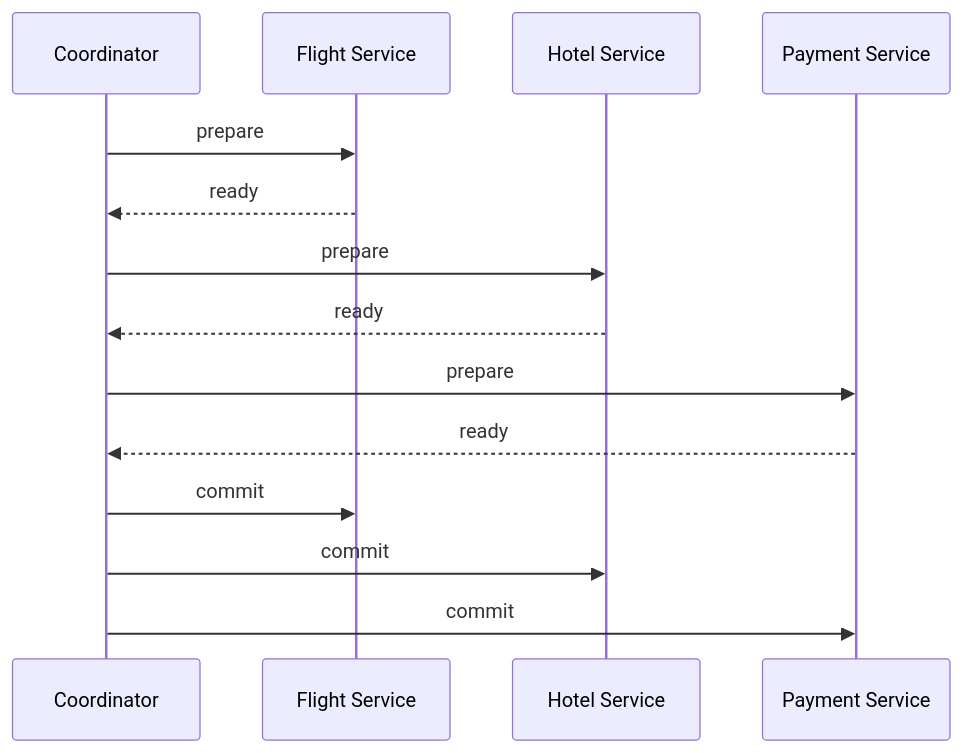
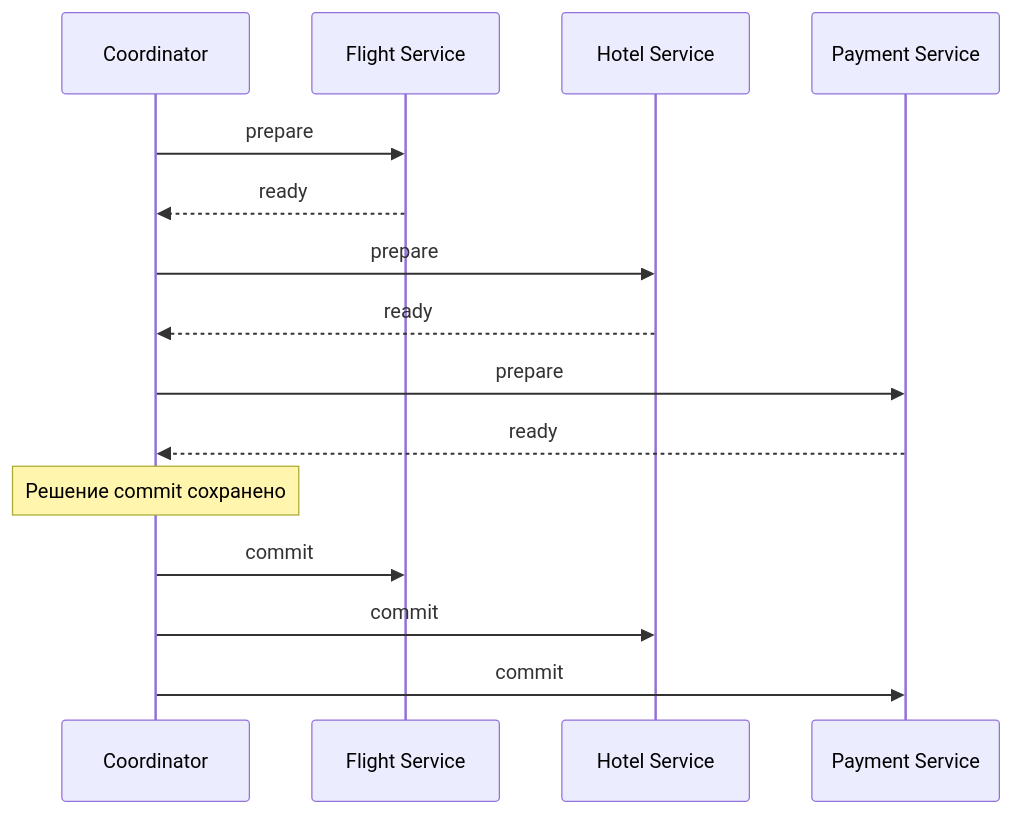
Before and after one commit to Kert0n/KPO: the tenth of 15 diagrams in content/lectures/Lec12/vitepress.md, drawn with Mermaid. The commit also changed other lines of this file, not shown here.

````diff
--- a/content/lectures/Lec12/vitepress.md
+++ b/content/lectures/Lec12/vitepress.md
@@ -839,17 +656,18 @@
 ```mermaid
 sequenceDiagram
     participant C as Coordinator
     participant F as Flight Service
     participant H as Hotel Service
     participant P as Payment Service
 
     C->>F: prepare
     F-->>C: ready
     C->>H: prepare
     H-->>C: ready
     C->>P: prepare
     P-->>C: ready
+    Note over C: Решение commit сохранено
     C->>F: commit
     C->>H: commit
     C->>P: commit
 ```
````
